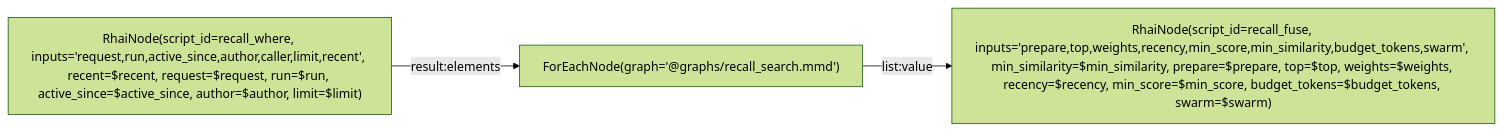
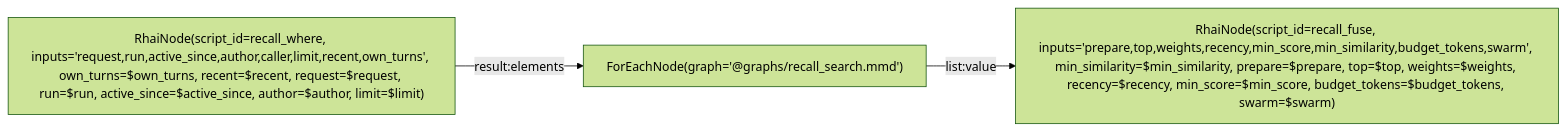
Before and after one commit to L-Defraiteur/rag3db: the diagram in extension/rag3weaver/templates/backends/memory/graphs/recall_for_request.mmd, drawn with Mermaid (forest theme). The commit also changed 3 other files, not shown here.

Commit message:
feat(rag3weaver,memoire): le rappel automatique cherche aussi les tours que l'agent appelant a signés dans ses autres conversations (own_turns, poids 0,9 × récence), jamais ceux d'un autre agent ni le run en cours

```diff
--- a/extension/rag3weaver/templates/backends/memory/graphs/recall_for_request.mmd
+++ b/extension/rag3weaver/templates/backends/memory/graphs/recall_for_request.mmd
@@ -1,24 +1,25 @@
 %% tool: recall_for_request
-%% description: The automatic recall of a turn (the context policy of the code agent, 23 November 2026): for the request of the turn, searches the turns of the windows already summarised (before active_since, never a passage in clear), then the L1 apports, then the cards; fuses them by weighted rank (turns 1.0 × recency, apports 0.85 × recency, cards 0.7 by default) and renders the best passages in full as a block labelled « Rappel automatique », placed last in the context by the host; nothing under the threshold. prepare « direct »: the request as it is, no model call. Returns {block|null, mode, sources, passages (what each signal said of each recalled passage), degraded|null, swarm}.
+%% description: The automatic recall of a turn (the context policy of the code agent, 23 November 2026): for the request of the turn, searches the turns of the windows already summarised (before active_since, never a passage in clear), then the calling agent's own turns from its other conversations, then the L1 apports, then the cards; fuses them by weighted rank (turns 1.0 × recency, apports 0.85 × recency, cards 0.7 by default) and renders the best passages in full as a block labelled « Rappel automatique », placed last in the context by the host; nothing under the threshold. prepare « direct »: the request as it is, no model call. Returns {block|null, mode, sources, passages (what each signal said of each recalled passage), degraded|null, swarm}.
 %% param: request string! -- The request of the turn, in full.
 %% param: run string = "" -- The run the turns of this conversation are filed under (« <task>:<parent> »); empty: no turn is searched.
 %% param: active_since string = "" -- The time (at) of the first line of the oldest window still in clear, ISO 8601: only the turns said before it are searched. Empty: no window is summarised yet, no turn is searched.
 %% param: recent json = [] -- The last lines of the conversation ({role, text, at, id}); read by the preparation (prepare « model »), not by « direct ».
 %% param: prepare string = "direct" -- « direct »: the request as it is, no model call. « model »: a small local model prepares the search (to come; until then the recall runs direct and says so in degraded).
 %% param: author string = "" -- Only what this author wrote: « me » (the agent this call is made for), an agent key, or « * » / empty for every author.
 %% param: swarm string = "" -- Only this swarm: « mine », a name, or « * » / empty. Accepted before the swarms exist: it filters nothing, and the answer says swarm null.
+%% param: own_turns bool = true -- Also search the turns the calling agent signed in its other conversations (none without an agent).
 %% param: top int = 2 -- How many passages are given in full.
 %% param: limit int = 10 -- How many hits each source gives to the fusion.
-%% param: weights json = {"turns": 1.0, "apports": 0.85, "cards": 0.7} -- The weight of each source in the fusion.
-%% param: recency json = {"turns": 0.15, "apports": 0.1} -- How fast a hit loses weight with its age among the hits of its source (0: no decay).
+%% param: weights json = {"turns": 1.0, "own_turns": 0.9, "apports": 0.85, "cards": 0.7} -- The weight of each source in the fusion: the summarised turns of this conversation, the calling agent's turns from its other conversations, the L1 apports, the cards.
+%% param: recency json = {"turns": 0.15, "own_turns": 0.15, "apports": 0.1} -- How fast a hit loses weight with its age among the hits of its source (0: no decay).
 %% param: min_score float = 0.0 -- A hit whose fused search score is under it is not recalled.
 %% param: min_similarity float = 0.5 -- A hit is recalled only if its dense similarity reaches it (no nearest neighbour recalled to fill); a lexical match counts only for a hit with no dense signal, bm25 matching common words. Measured on 23 November 2026: unrelated requests 0.29 and 0.44, relevant ones 0.69 and 0.82; to be set by the bench on labelled requests.
 %% param: budget_tokens int = 1500 -- The bound of the block, about 4 characters per token, shared by its passages.
 %% result: fuse.result
 
 graph LR
-    where["RhaiNode(script_id=recall_where, inputs='request,run,active_since,author,caller,limit,recent', recent=$recent, request=$request, run=$run, active_since=$active_since, author=$author, limit=$limit)"]
+    where["RhaiNode(script_id=recall_where, inputs='request,run,active_since,author,caller,limit,recent,own_turns', own_turns=$own_turns, recent=$recent, request=$request, run=$run, active_since=$active_since, author=$author, limit=$limit)"]
     search["ForEachNode(graph='@graphs/recall_search.mmd')"]
     fuse["RhaiNode(script_id=recall_fuse, inputs='prepare,top,weights,recency,min_score,min_similarity,budget_tokens,swarm', min_similarity=$min_similarity, prepare=$prepare, top=$top, weights=$weights, recency=$recency, min_score=$min_score, budget_tokens=$budget_tokens, swarm=$swarm)"]
     where -->|result:elements| search
     search -->|list:value| fuse
```
